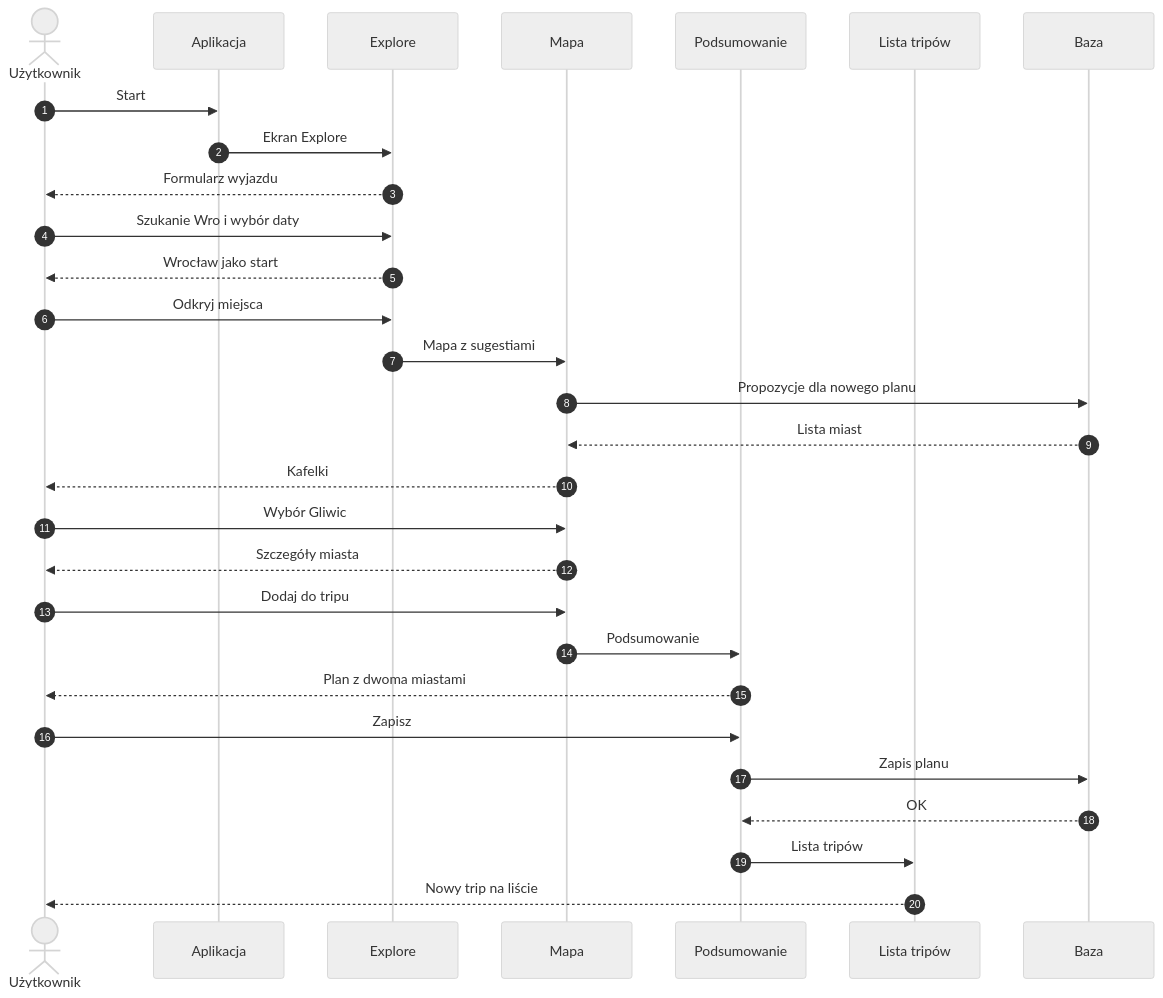
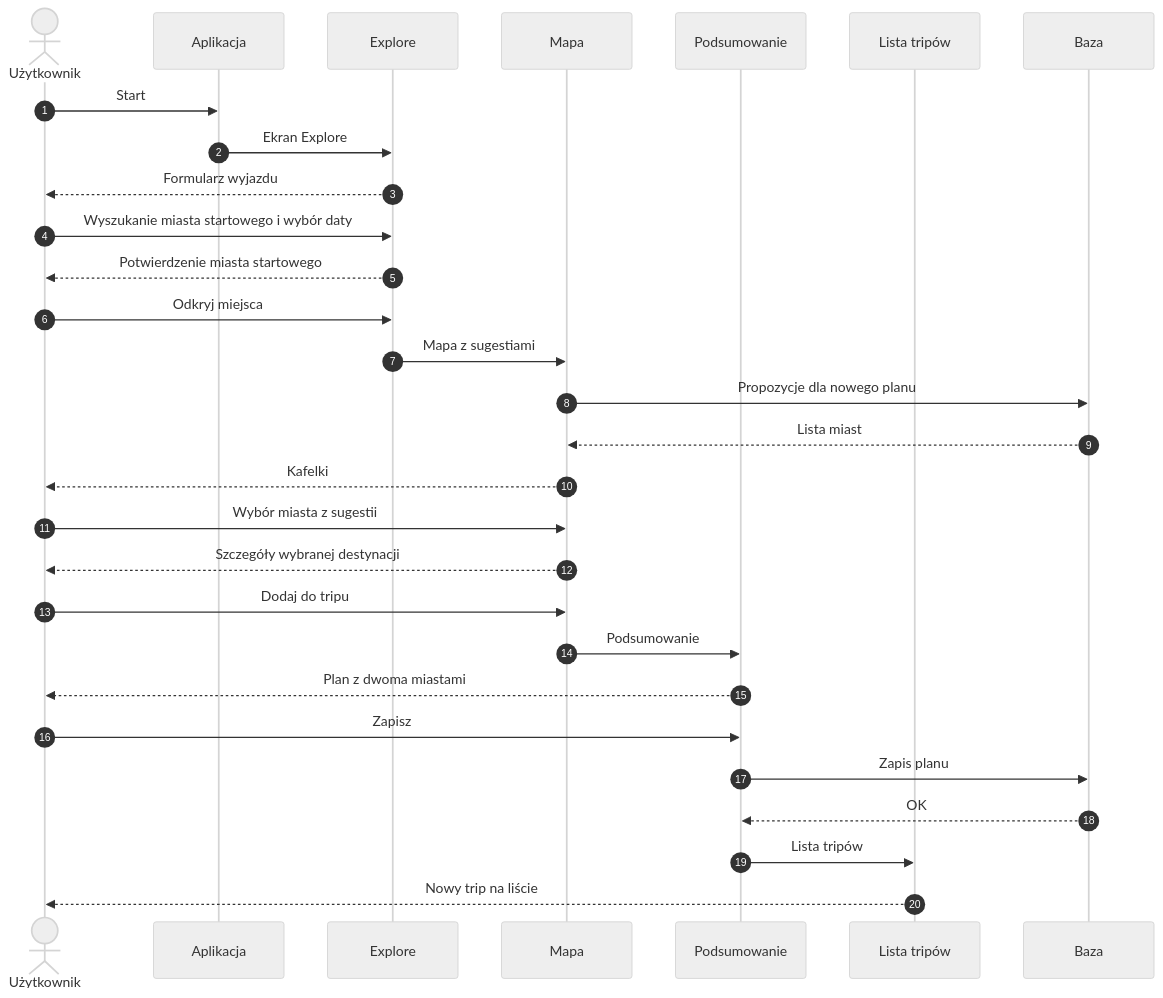
The first of 3 diagrams in README.md (Skiperpol/frontend-briskly), drawn with Mermaid (neutral theme) before and after one commit. The commit also changed other lines of this file, not shown here.

Commit message:
docs: Revise sequence diagrams in README.md for improved clarity on user interactions and trip management, including updated terminology and descriptions

````diff
--- a/README.md
+++ b/README.md
@@ -152,37 +152,37 @@
 ```mermaid
 sequenceDiagram
     autonumber
     actor U as Użytkownik
     participant App as Aplikacja
     participant Exp as Explore
     participant Map as Mapa
     participant Sum as Podsumowanie
     participant Idx as Lista tripów
     participant DB as Baza
 
     U->>App: Start
     App->>Exp: Ekran Explore
     Exp-->>U: Formularz wyjazdu
 
-    U->>Exp: Szukanie Wro i wybór daty
-    Exp-->>U: Wrocław jako start
+    U->>Exp: Wyszukanie miasta startowego i wybór daty
+    Exp-->>U: Potwierdzenie miasta startowego
 
     U->>Exp: Odkryj miejsca
     Exp->>Map: Mapa z sugestiami
     Map->>DB: Propozycje dla nowego planu
     DB-->>Map: Lista miast
     Map-->>U: Kafelki
 
-    U->>Map: Wybór Gliwic
-    Map-->>U: Szczegóły miasta
+    U->>Map: Wybór miasta z sugestii
+    Map-->>U: Szczegóły wybranej destynacji
 
     U->>Map: Dodaj do tripu
     Map->>Sum: Podsumowanie
     Sum-->>U: Plan z dwoma miastami
 
     U->>Sum: Zapisz
     Sum->>DB: Zapis planu
     DB-->>Sum: OK
     Sum->>Idx: Lista tripów
     Idx-->>U: Nowy trip na liście
 ```
````
